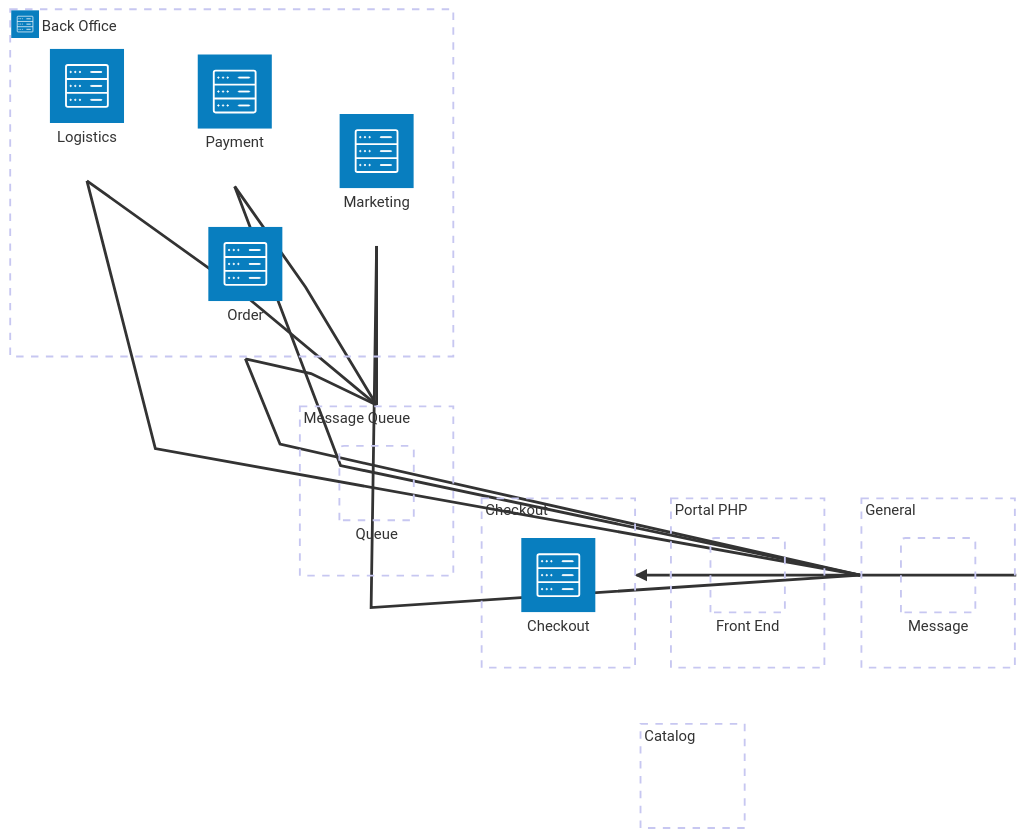
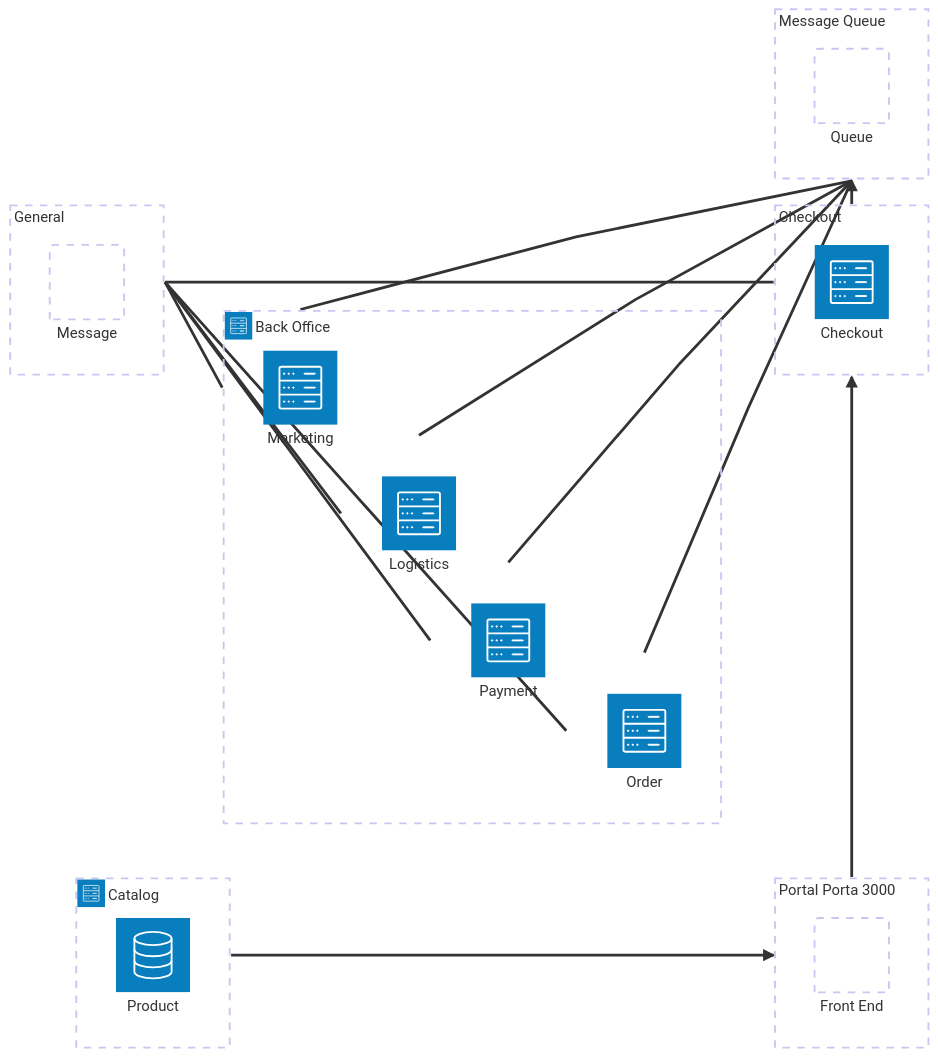
Before and after one commit to Ngofilho/Architecture: the diagram in XuPasseios/README.md, drawn with Mermaid.

Commit message:
Closes #71

````diff
--- a/XuPasseios/README.md
+++ b/XuPasseios/README.md
@@ -4,37 +4,40 @@
 ```mermaid
 architecture-beta
 
 	group messagequeue[Message Queue]
 	group backoffice(server)[Back Office]
 	group common[General]
-	group frontend[Portal PHP]
-	group catalog[Catalog]
+	group frontend[Portal Porta 3000]
+	group catalog(server)[Catalog]
 	group checkout[Checkout]
 	
 	service messagequeueService[Queue] in messagequeue
 	service frontend2[Front End] in frontend
 
 	service order(server)[Order] in backoffice
 	service payment(server)[Payment] in backoffice
 	service logistics(server)[Logistics] in backoffice
 	service marketing(server)[Marketing] in backoffice
 	service checkout2(server)[Checkout] in checkout
+	service products(database)[Product] in catalog
 	
-	service message[Message] in common	
+	service message[Message] in common		
+
+	frontend2{group}:T --> B:checkout2{group}
+
+	message{group}:R -- L:order{group}
+	message{group}:R -- L:logistics{group}
+	message{group}:R -- L:marketing{group}
+    message{group}:R -- L:payment{group}
+	message{group}:R -- L:checkout2{group}
+	messagequeueService{group}:B -- T:payment{group}
+	messagequeueService{group}:B -- T:order{group}
+	messagequeueService{group}:B -- T:logistics{group}
+	messagequeueService{group}:B -- T:marketing{group}
+
 	
-	message{group}:R -- L:frontend2{group}	
-	
-	messagequeueService{group}:T -- B:payment{group}
-	messagequeueService{group}:T -- B:order{group}
-	messagequeueService{group}:T -- B:logistics{group}
-	messagequeueService{group}:T -- B:marketing{group}
 
-	frontend2{group}:L --> R:checkout2{group}
-
-	message{group}:L -- B:payment{group}
-	message{group}:L -- B:order{group}
-	message{group}:L -- B:logistics{group}
-	message{group}:L -- B:marketing{group}
-
+	checkout2{group}:T --> B:messagequeueService{group}
+	products{group}:R --> L:frontend2{group}
 
 ```
````
